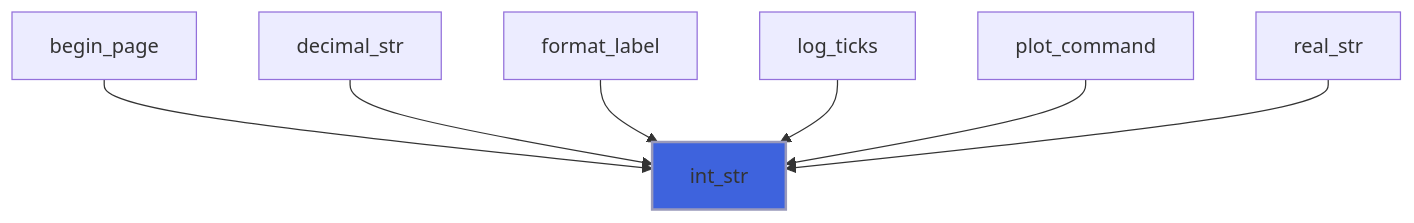
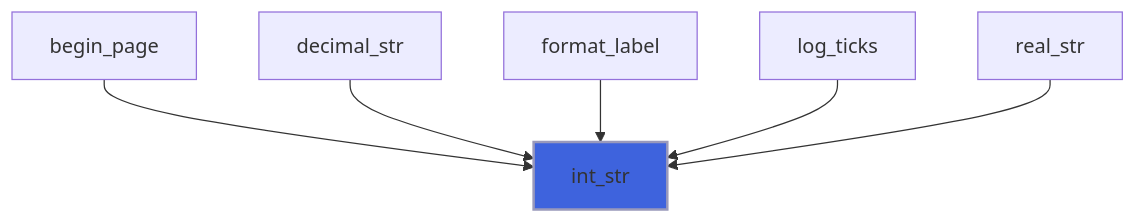
One commit to szaghi/foresight changed the first of 6 diagrams in docs/api/src/lib/foresight_format.md. Above: the diagram before and after it, drawn with Mermaid. The commit also changed 16 other files, not shown here.

````diff
--- a/docs/api/src/lib/foresight_format.md
+++ b/docs/api/src/lib/foresight_format.md
@@ -53,10 +53,9 @@
 ```mermaid
 flowchart TD
   begin_page["begin_page"] --> int_str["int_str"]
   decimal_str["decimal_str"] --> int_str["int_str"]
   format_label["format_label"] --> int_str["int_str"]
   log_ticks["log_ticks"] --> int_str["int_str"]
-  plot_command["plot_command"] --> int_str["int_str"]
   real_str["real_str"] --> int_str["int_str"]
   style int_str fill:#3e63dd,stroke:#99b,stroke-width:2px
 ```
````
